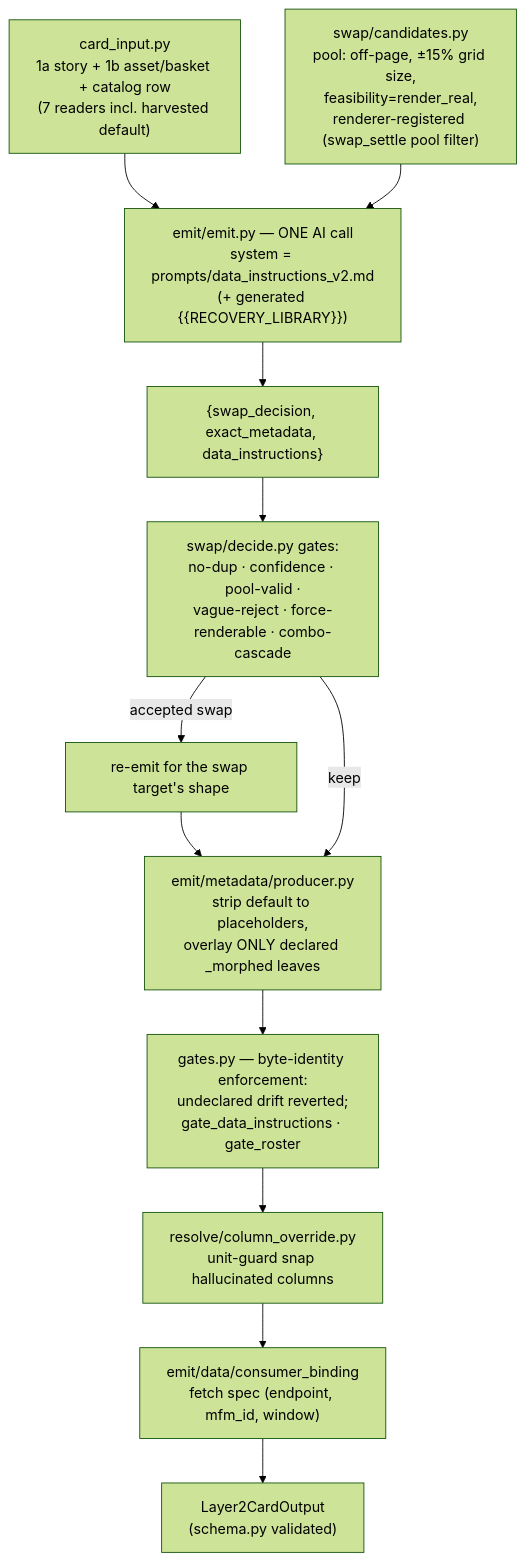
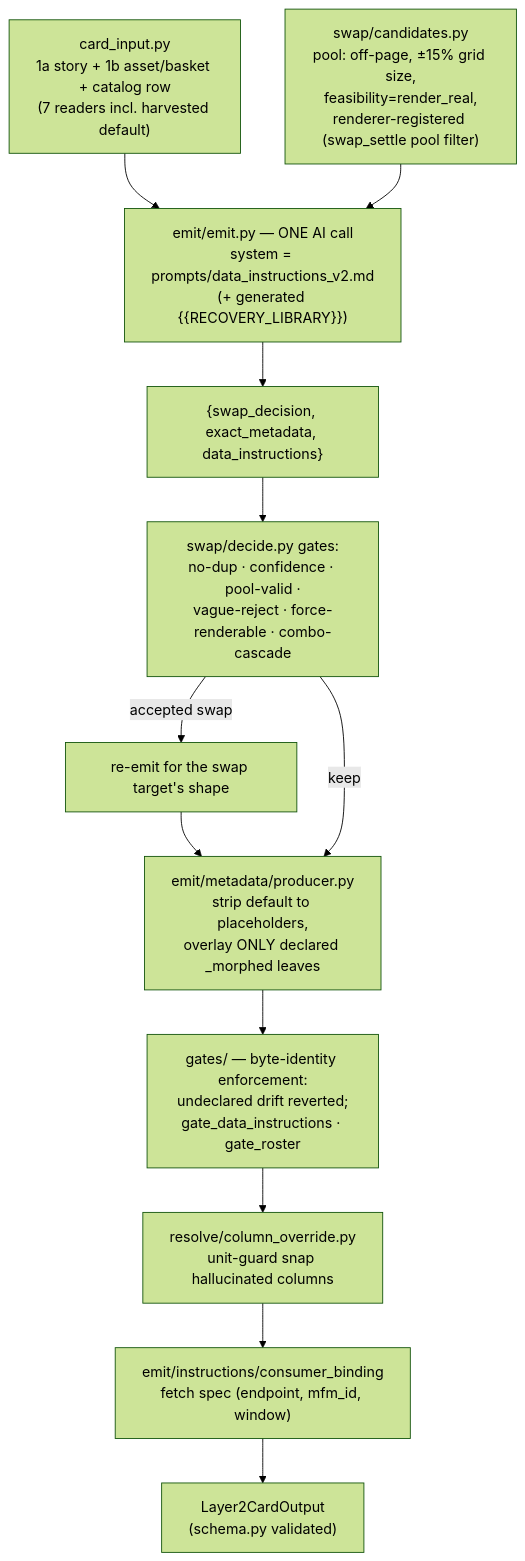
One commit to RohithBalasubramani/pipeline-v48 changed the third of 6 diagrams in ARCHITECTURE.md. Above: the diagram before and after it, drawn with Mermaid (forest theme). The commit also changed other lines of this file and 117 other files, not shown here.

````diff
--- a/ARCHITECTURE.md
+++ b/ARCHITECTURE.md
@@ -373,13 +383,13 @@
 ```mermaid
 flowchart TD
     IN["card_input.py<br/>1a story + 1b asset/basket + catalog row<br/>(7 readers incl. harvested default)"] --> EMIT
     POOL["swap/candidates.py<br/>pool: off-page, ±15% grid size,<br/>feasibility=render_real,<br/>renderer-registered (swap_settle pool filter)"] --> EMIT
     EMIT["emit/emit.py — ONE AI call<br/>system = prompts/data_instructions_v2.md<br/>(+ generated {{RECOVERY_LIBRARY}})"] --> OUT["{swap_decision, exact_metadata, data_instructions}"]
     OUT --> SG["swap/decide.py gates:<br/>no-dup · confidence · pool-valid ·<br/>vague-reject · force-renderable · combo-cascade"]
     SG -->|accepted swap| REEMIT["re-emit for the swap target's shape"] --> PROD
     SG -->|keep| PROD["emit/metadata/producer.py<br/>strip default to placeholders,<br/>overlay ONLY declared _morphed leaves"]
-    PROD --> GATES["gates.py — byte-identity enforcement:<br/>undeclared drift reverted;<br/>gate_data_instructions · gate_roster"]
+    PROD --> GATES["gates/ — byte-identity enforcement:<br/>undeclared drift reverted;<br/>gate_data_instructions · gate_roster"]
     GATES --> OVR["resolve/column_override.py<br/>unit-guard snap hallucinated columns"]
-    OVR --> BIND["emit/data/consumer_binding<br/>fetch spec (endpoint, mfm_id, window)"]
+    OVR --> BIND["emit/instructions/consumer_binding<br/>fetch spec (endpoint, mfm_id, window)"]
     BIND --> FIN["Layer2CardOutput<br/>(schema.py validated)"]
 ```
````
